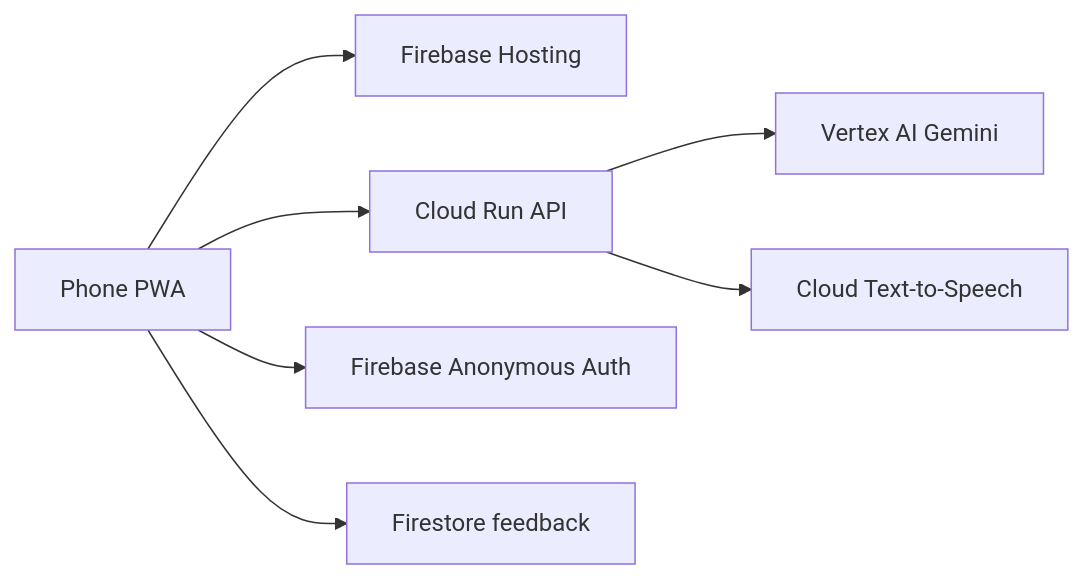
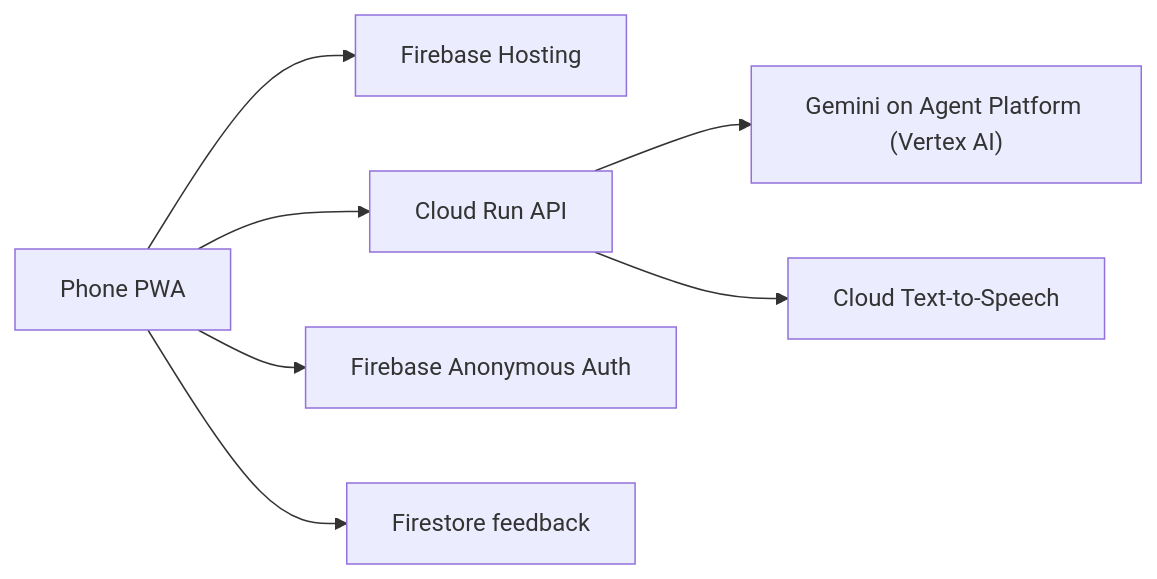
One commit to vigneshgeni/sarvam changed the diagram in README.md. Above: the diagram before and after it, drawn with Mermaid. The commit also changed other lines of this file, not shown here.

Commit message:
docs: add judges' test guide, fix Agent Platform wording and team name

````diff
--- a/README.md
+++ b/README.md
@@ -32,9 +82,9 @@
 ```mermaid
 flowchart LR
   phone["Phone PWA"] --> hosting["Firebase Hosting"]
   phone --> run["Cloud Run API"]
-  run --> vertex["Vertex AI Gemini"]
+  run --> vertex["Gemini on Agent Platform (Vertex AI)"]
   run --> tts["Cloud Text-to-Speech"]
   phone --> auth["Firebase Anonymous Auth"]
   phone --> firestore["Firestore feedback"]
 ```
````
